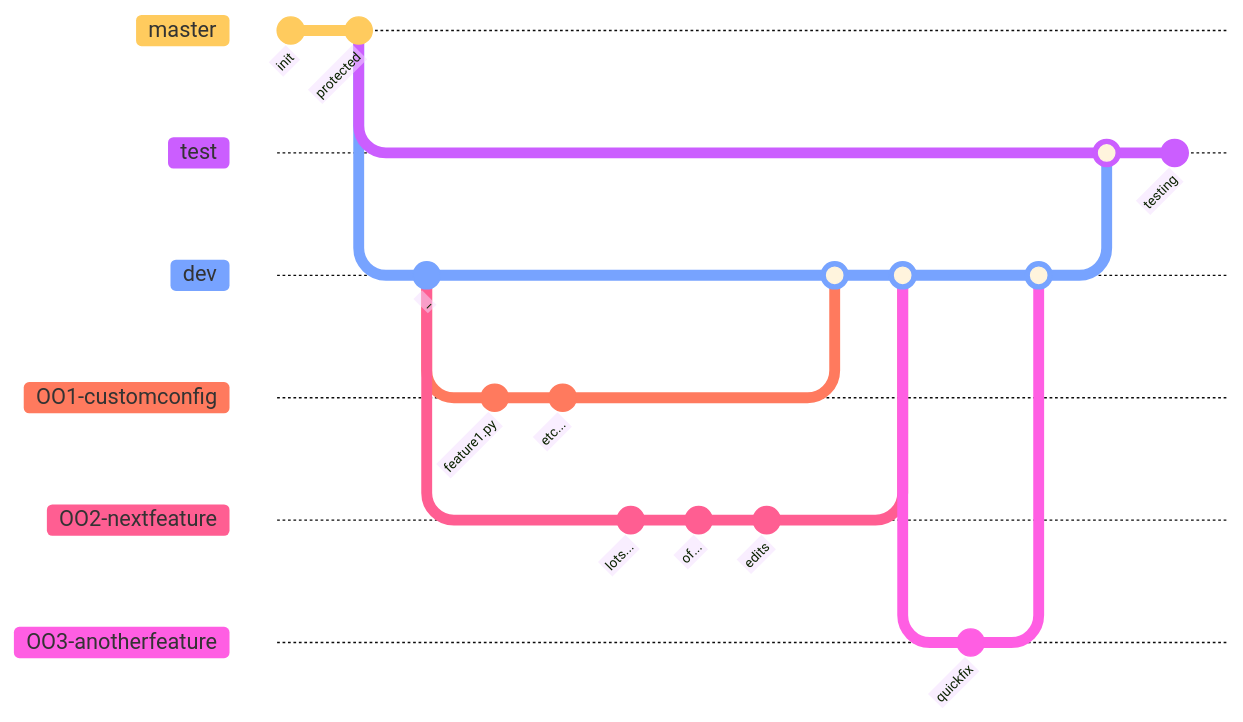
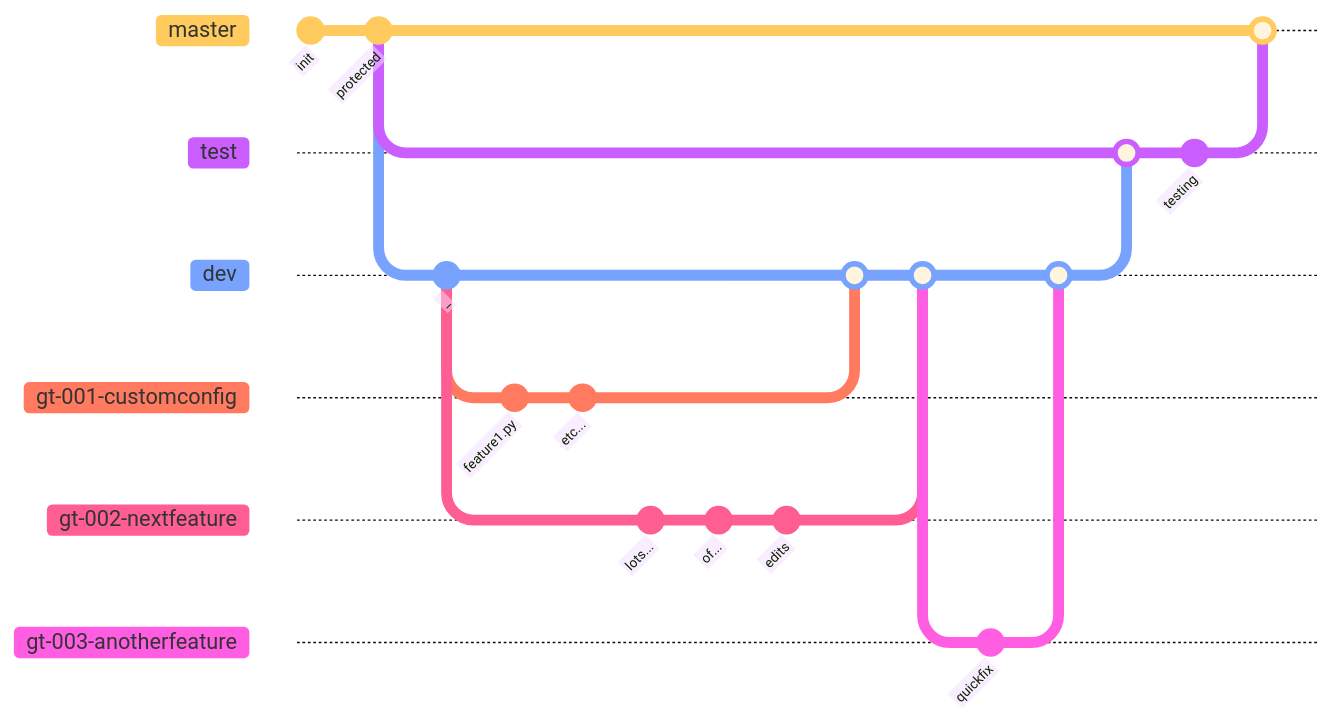
Before and after one commit to gzt5142/gzt5142: the eighth of 8 diagrams in GitFlow.md, drawn with Mermaid. The commit also changed other lines of this file, not shown here.

````diff
--- a/GitFlow.md
+++ b/GitFlow.md
@@ -286,29 +291,31 @@
 ```mermaid
 %%{init: {  'theme': 'base', "gitGraph": {"rotateCommitLabel": true, "mainBranchName": "master"}} }%%
 gitGraph
   commit id: "init"
   commit id: "protected"
   branch test
   branch dev
   checkout dev
   commit id: "_"
-  branch OO1-customconfig
-  checkout OO1-customconfig
+  branch gt-001-customconfig
+  checkout gt-001-customconfig
   commit id: "feature1.py"
   commit id: "etc..."
   checkout dev
-  branch OO2-nextfeature
+  branch gt-002-nextfeature
   commit id: "lots..."
   commit id: "of..."
   commit id: "edits"
   checkout dev
-  merge OO1-customconfig
-  merge OO2-nextfeature
-  branch OO3-anotherfeature
+  merge gt-001-customconfig
+  merge gt-002-nextfeature
+  branch gt-003-anotherfeature
   commit id: "quickfix"
   checkout dev
-  merge OO3-anotherfeature
+  merge gt-003-anotherfeature
   checkout test
   merge dev
   commit id: "testing"
+  checkout master
+  merge test
 ```
````
